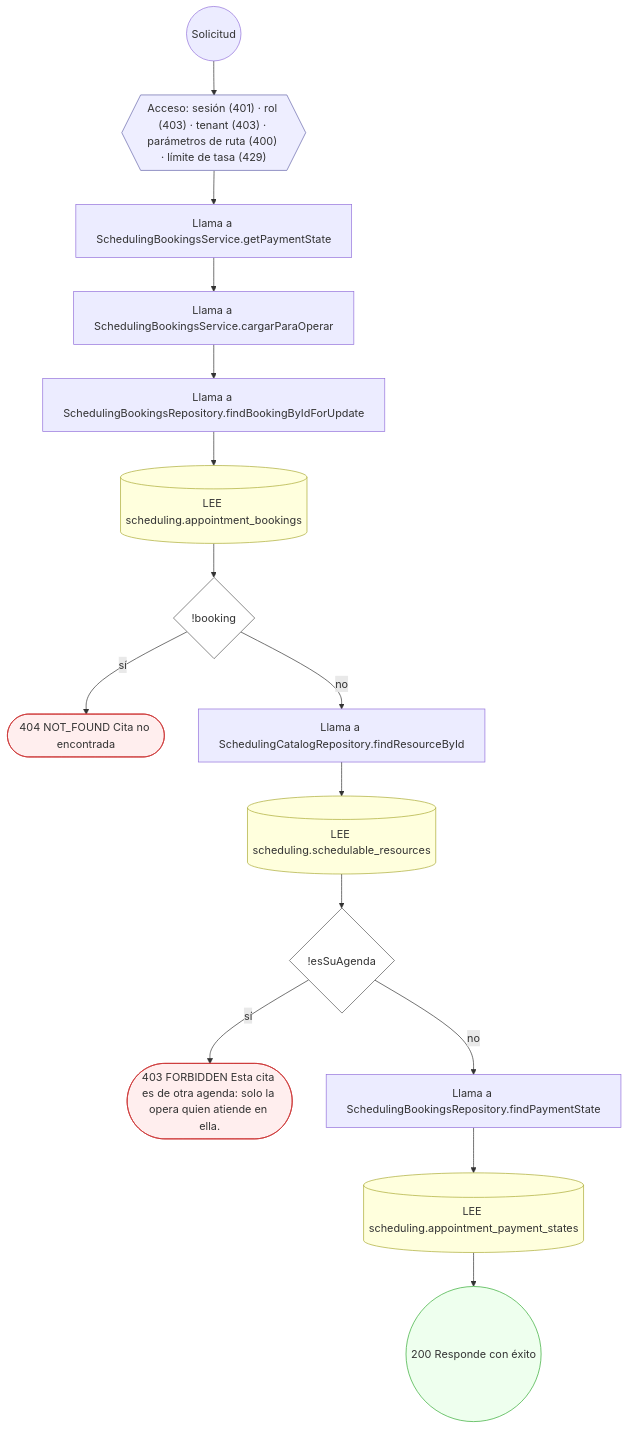
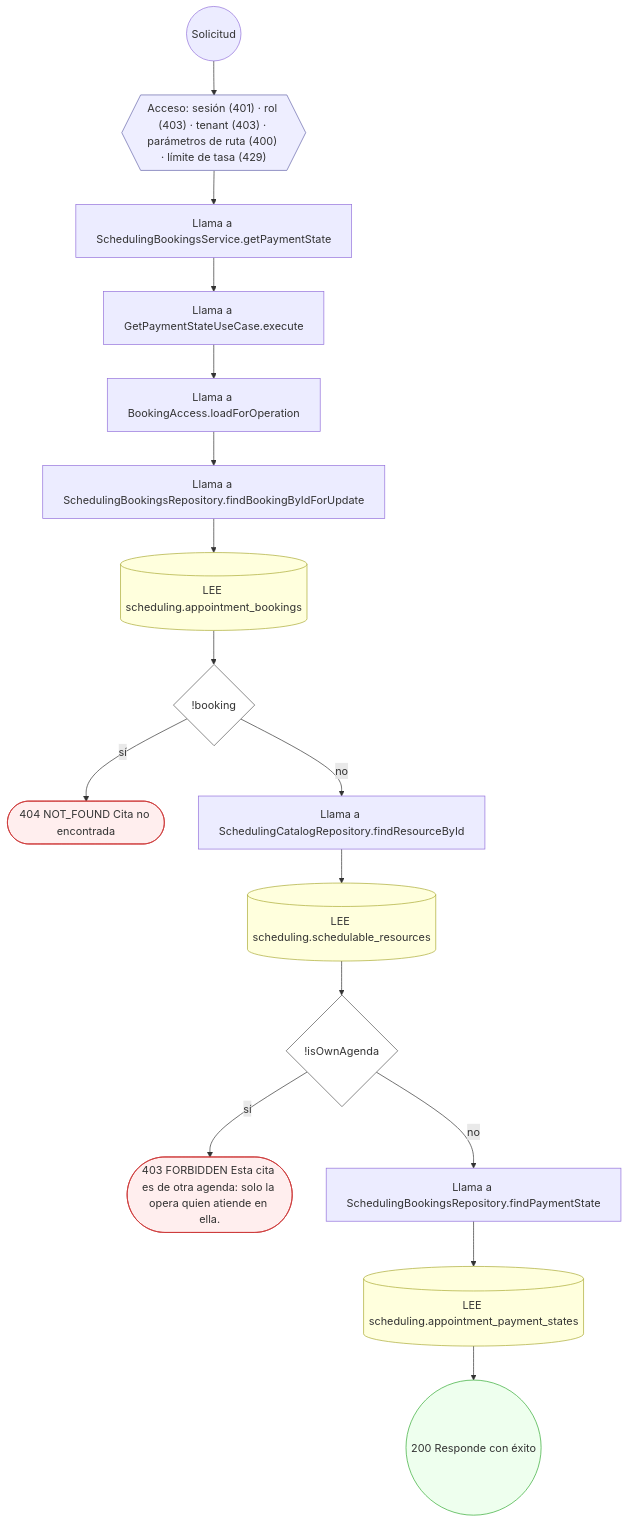
Before and after one commit to mdavila-2001/mantra-core-health-api: diagram 16 of 57 in docs/inventario/flujos/scheduling.md, drawn with Mermaid. The commit also changed other lines of this file and 451 other files, not shown here.

First line of the commit message:
chore(data_catalog): contrato OpenAPI, inventario y pruebas al día con el diseño del #660

````diff
--- a/docs/inventario/flujos/scheduling.md
+++ b/docs/inventario/flujos/scheduling.md
@@ -1630,38 +1911,40 @@
 ```mermaid
 flowchart TD
   n1(("Solicitud")):::inicio
   n2{{"Acceso: sesión (401) · rol (403) · tenant (403) · parámetros de ruta (400) · límite de tasa (429)"}}:::acceso
   n1 --> n2
   n3["Llama a SchedulingBookingsService.getPaymentState"]:::llamada
   n2 --> n3
-  n4["Llama a SchedulingBookingsService.cargarParaOperar"]:::llamada
+  n4["Llama a GetPaymentStateUseCase.execute"]:::llamada
   n3 --> n4
-  n5["Llama a SchedulingBookingsRepository.findBookingByIdForUpdate"]:::llamada
+  n5["Llama a BookingAccess.loadForOperation"]:::llamada
   n4 --> n5
-  n6[("LEE scheduling.appointment_bookings")]:::efecto
+  n6["Llama a SchedulingBookingsRepository.findBookingByIdForUpdate"]:::llamada
   n5 --> n6
-  n7{"!booking"}:::decision
+  n7[("LEE scheduling.appointment_bookings")]:::efecto
   n6 --> n7
-  n8(["404 NOT_FOUND Cita no encontrada"]):::error
-  n7 -->|"sí"| n8
-  n9["Llama a SchedulingCatalogRepository.findResourceById"]:::llamada
-  n7 -->|"no"| n9
-  n10[("LEE scheduling.schedulable_resources")]:::efecto
-  n9 --> n10
-  n11{"!esSuAgenda"}:::decision
+  n8{"!booking"}:::decision
+  n7 --> n8
+  n9(["404 NOT_FOUND Cita no encontrada"]):::error
+  n8 -->|"sí"| n9
+  n10["Llama a SchedulingCatalogRepository.findResourceById"]:::llamada
+  n8 -->|"no"| n10
+  n11[("LEE scheduling.schedulable_resources")]:::efecto
   n10 --> n11
-  n12(["403 FORBIDDEN Esta cita es de otra agenda: solo la opera quien atiende en ella."]):::error
-  n11 -->|"sí"| n12
-  n13["Llama a SchedulingBookingsRepository.findPaymentState"]:::llamada
-  n11 -->|"no"| n13
-  n14[("LEE scheduling.appointment_payment_states")]:::efecto
-  n13 --> n14
-  n15(("200 Responde con éxito")):::ok
+  n12{"!isOwnAgenda"}:::decision
+  n11 --> n12
+  n13(["403 FORBIDDEN Esta cita es de otra agenda: solo la opera quien atiende en ella."]):::error
+  n12 -->|"sí"| n13
+  n14["Llama a SchedulingBookingsRepository.findPaymentState"]:::llamada
+  n12 -->|"no"| n14
+  n15[("LEE scheduling.appointment_payment_states")]:::efecto
   n14 --> n15
+  n16(("200 Responde con éxito")):::ok
+  n15 --> n16
   classDef acceso fill:#eef,stroke:#66a
   classDef error fill:#fee,stroke:#c33
   classDef ok fill:#efe,stroke:#3a3
   classDef efecto fill:#ffd,stroke:#aa3
   classDef decision fill:#fff,stroke:#555
   classDef corte fill:#eee,stroke:#999,stroke-dasharray: 4
 ```
````
